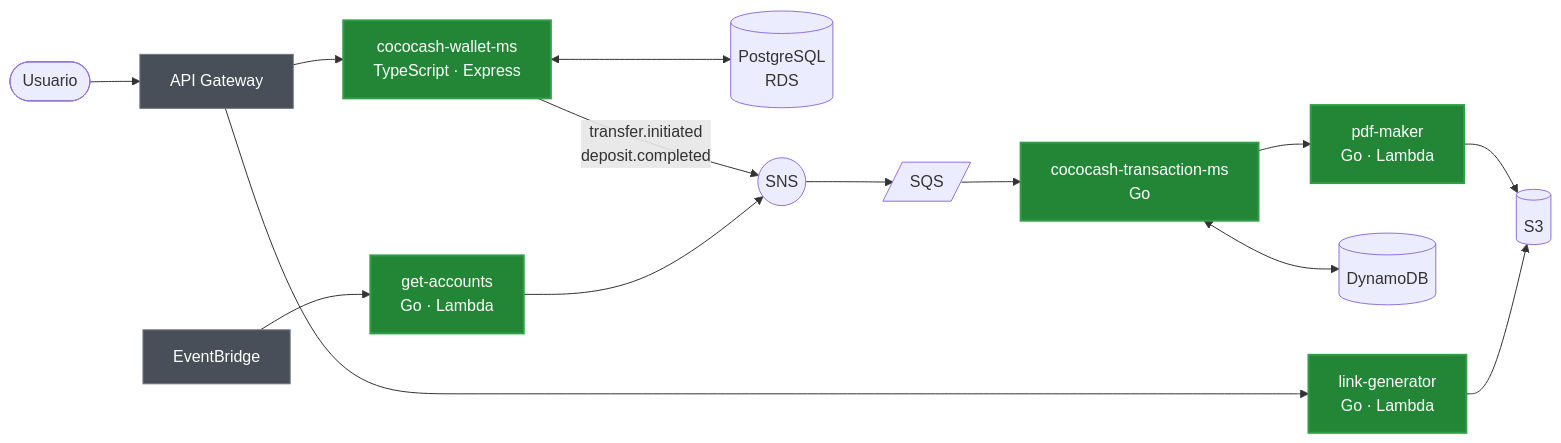
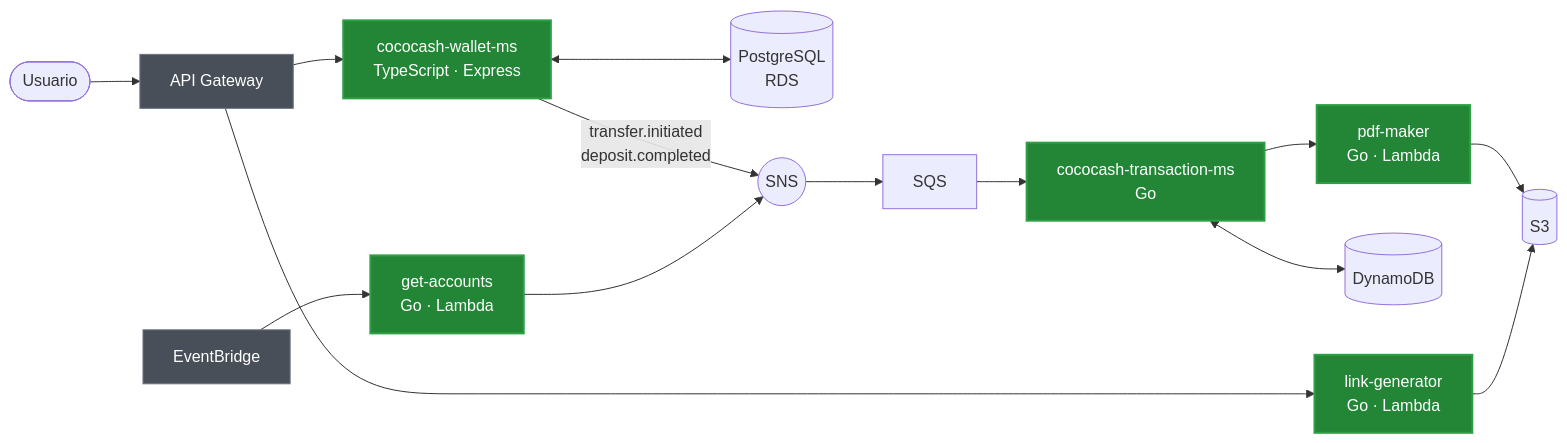
Before and after one commit to GorenNM/GorenNM: the first of 3 diagrams in README.md, drawn with Mermaid. The commit also changed other lines of this file, not shown here.

Commit message:
docs: harden mermaid syntax

````diff
--- a/README.md
+++ b/README.md
@@ -27,21 +27,21 @@
 ```mermaid
 flowchart LR
     U([Usuario]) --> AG[API Gateway]
     AG --> W["cococash-wallet-ms<br/>TypeScript · Express"]
     AG --> L["link-generator<br/>Go · Lambda"]
-    W <--> R[(PostgreSQL<br/>RDS)]
-    W -- "transfer.initiated<br/>deposit.completed" --> SNS((SNS))
-    SNS --> SQS[/SQS/]
+    W <--> R[("PostgreSQL<br/>RDS")]
+    W -->|"transfer.initiated<br/>deposit.completed"| SNS((SNS))
+    SNS --> SQS[SQS]
     SQS --> T["cococash-transaction-ms<br/>Go"]
     T <--> D[(DynamoDB)]
     EB[EventBridge] --> GA["get-accounts<br/>Go · Lambda"]
     GA --> SNS
     T --> P["pdf-maker<br/>Go · Lambda"]
     P --> S3[(S3)]
     L --> S3
 
     classDef mio fill:#238636,stroke:#2ea043,stroke-width:2px,color:#fff
     classDef equipo fill:#484f58,stroke:#6e7681,color:#fff
     class W,T,L,GA,P mio
     class AG,EB equipo
 ```
````
